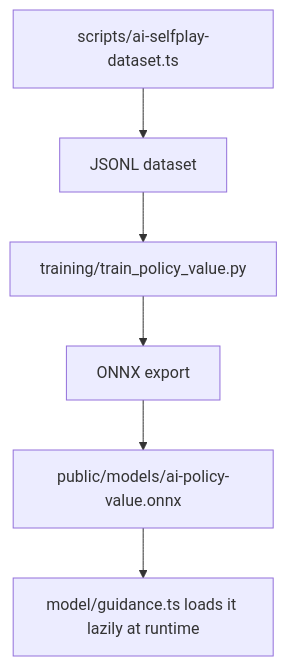
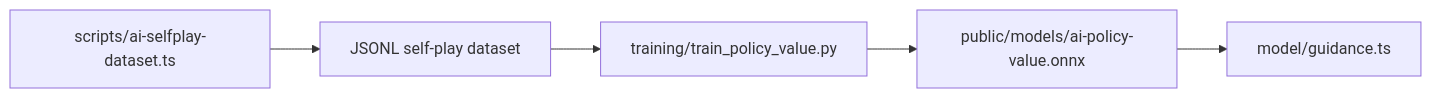
Before and after one commit to kstroevsky/you-and-i: the fourth of 4 diagrams in src/ai/README.md, drawn with Mermaid. The commit also changed other lines of this file and 33 other files, not shown here.

````diff
--- a/src/ai/README.md
+++ b/src/ai/README.md
@@ -417,8 +445,7 @@
 ```mermaid
-flowchart TD
-  A["scripts/ai-selfplay-dataset.ts"] --> B["JSONL dataset"]
+flowchart LR
+  A["scripts/ai-selfplay-dataset.ts"] --> B["JSONL self-play dataset"]
   B --> C["training/train_policy_value.py"]
-  C --> D["ONNX export"]
-  D --> E["public/models/ai-policy-value.onnx"]
-  E --> F["model/guidance.ts loads it lazily at runtime"]
+  C --> D["public/models/ai-policy-value.onnx"]
+  D --> E["model/guidance.ts"]
 ```
````
